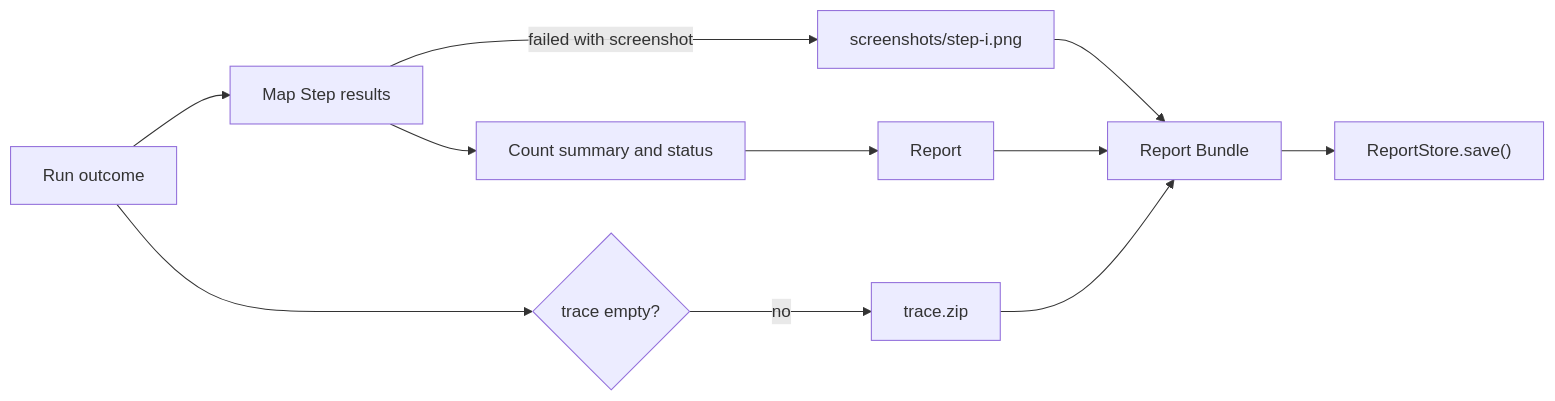
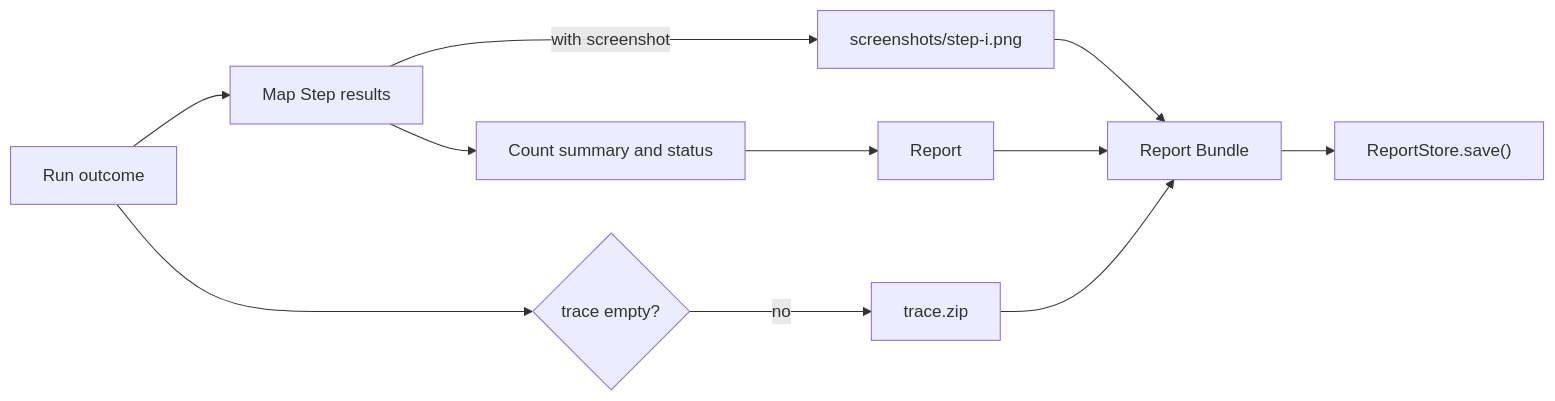
The diagram in docs/tech/report.md (yike2/Jevwright), drawn with Mermaid before and after one commit. The commit also changed other lines of this file and 13 other files, not shown here.

First line of the commit message:
feat(core): add screenshotEveryStep and network: "public" (#68)

````diff
--- a/docs/tech/report.md
+++ b/docs/tech/report.md
@@ -76,13 +76,13 @@
 ```mermaid
 flowchart LR
   I[Run outcome] --> S[Map Step results]
-  S -->|failed with screenshot| P["screenshots/step-i.png"]
+  S -->|with screenshot| P["screenshots/step-i.png"]
   I --> T{trace empty?}
   T -->|no| Z[trace.zip]
   S --> C[Count summary and status]
   C --> R[Report]
   P --> B[Report Bundle]
   Z --> B
   R --> B
   B --> St["ReportStore.save()"]
 ```
````
